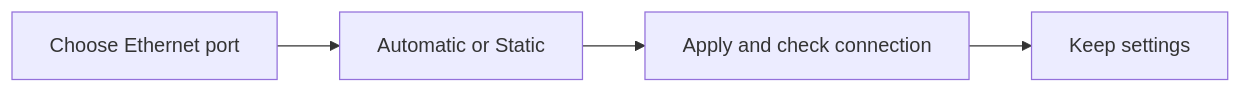
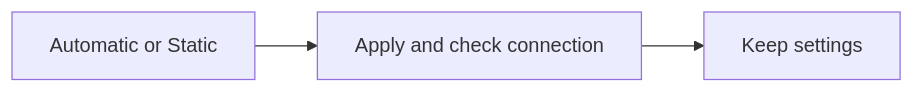
Before and after one commit to team581/spot: the diagram in apps/docs/src/content/docs/operator/connect.md, drawn with Mermaid. The commit also changed other lines of this file and 15 other files, not shown here.

````diff
--- a/apps/docs/src/content/docs/operator/connect.md
+++ b/apps/docs/src/content/docs/operator/connect.md
@@ -38,6 +38,5 @@
 ```mermaid
 flowchart LR
-  A[Choose Ethernet port] --> B[Automatic or Static]
-  B --> C[Apply and check connection]
+  B[Automatic or Static] --> C[Apply and check connection]
   C --> D[Keep settings]
 ```
````
